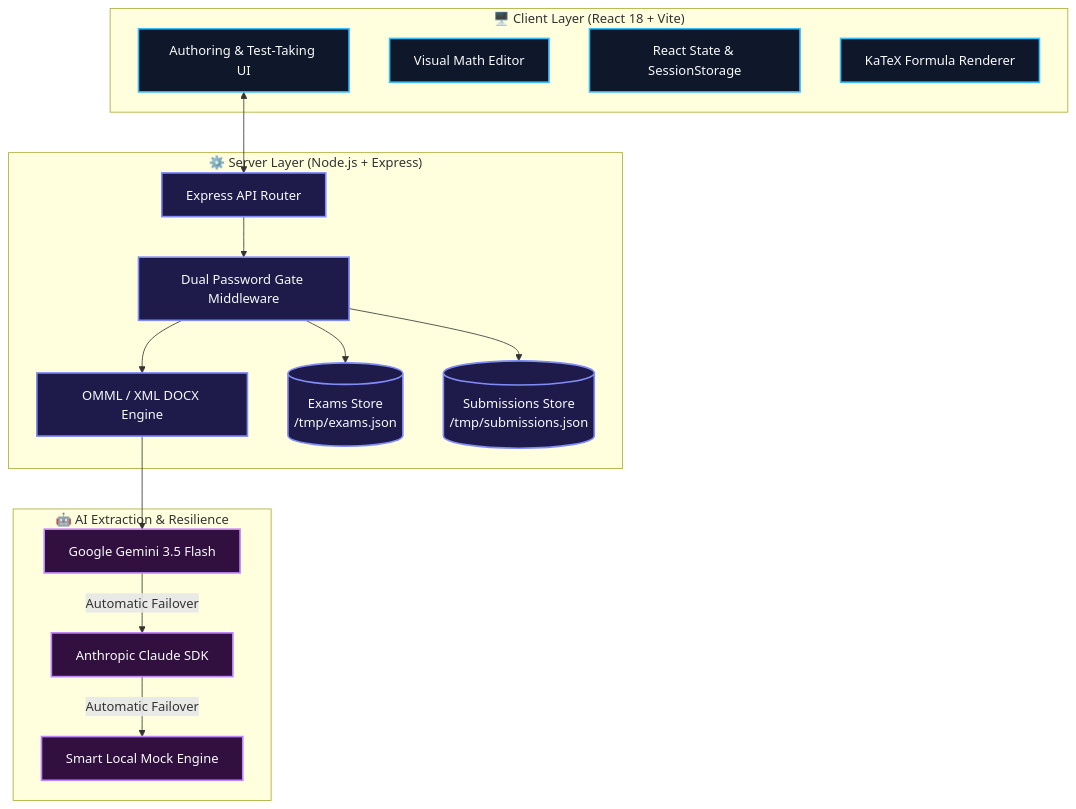
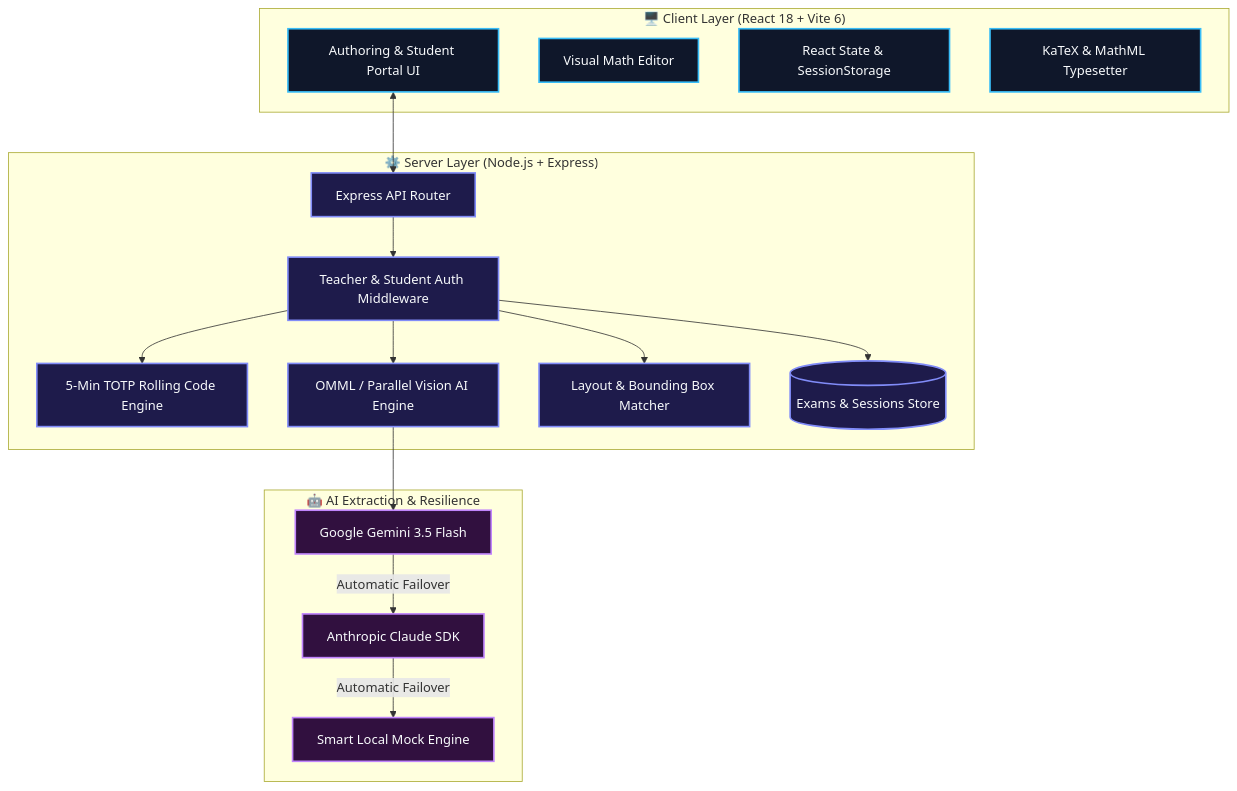
Before and after one commit to Sayanthegamer/dlp-testing: the diagram in README.md, drawn with Mermaid. The commit also changed other lines of this file, not shown here.

Commit message:
docs: update README.md with Student Portal auth, 6-digit rolling code security, and Vite 6 updates

````diff
--- a/README.md
+++ b/README.md
@@ -69,38 +73,40 @@
 ```mermaid
 flowchart TD
     %% Custom Styling
     classDef clientStyle fill:#0f172a,stroke:#38bdf8,stroke-width:2px,color:#f8fafc;
     classDef serverStyle fill:#1e1b4b,stroke:#818cf8,stroke-width:2px,color:#f8fafc;
     classDef aiStyle fill:#31103f,stroke:#c084fc,stroke-width:2px,color:#f8fafc;
 
-    subgraph Client ["🖥️ Client Layer (React 18 + Vite)"]
-        UI["Authoring & Test-Taking UI"]:::clientStyle
+    subgraph Client ["🖥️ Client Layer (React 18 + Vite 6)"]
+        UI["Authoring & Student Portal UI"]:::clientStyle
         Editor["Visual Math Editor"]:::clientStyle
         State["React State & SessionStorage"]:::clientStyle
-        Katex["KaTeX Formula Renderer"]:::clientStyle
+        Katex["KaTeX & MathML Typesetter"]:::clientStyle
     end
 
     subgraph Backend ["⚙️ Server Layer (Node.js + Express)"]
         Router["Express API Router"]:::serverStyle
-        AuthGate["Dual Password Gate Middleware"]:::serverStyle
-        ParserService["OMML / XML DOCX Engine"]:::serverStyle
-        ExamsDB[("Exams Store\n/tmp/exams.json")]:::serverStyle
-        SubmissionsDB[("Submissions Store\n/tmp/submissions.json")]:::serverStyle
+        AuthGate["Teacher & Student Auth Middleware"]:::serverStyle
+        TOTPEngine["5-Min TOTP Rolling Code Engine"]:::serverStyle
+        ParserService["OMML / Parallel Vision AI Engine"]:::serverStyle
+        DiagramService["Layout & Bounding Box Matcher"]:::serverStyle
+        ExamsDB[("Exams & Sessions Store")]:::serverStyle
     end
 
     subgraph AI ["🤖 AI Extraction & Resilience"]
         Gemini["Google Gemini 3.5 Flash"]:::aiStyle
         Claude["Anthropic Claude SDK"]:::aiStyle
         Fallback["Smart Local Mock Engine"]:::aiStyle
     end
 
     UI <--> Router
     Router --> AuthGate
+    AuthGate --> TOTPEngine
     AuthGate --> ParserService
+    AuthGate --> DiagramService
     AuthGate --> ExamsDB
-    AuthGate --> SubmissionsDB
 
     ParserService --> Gemini
     Gemini -- Automatic Failover --> Claude
     Claude -- Automatic Failover --> Fallback
 ```
````
